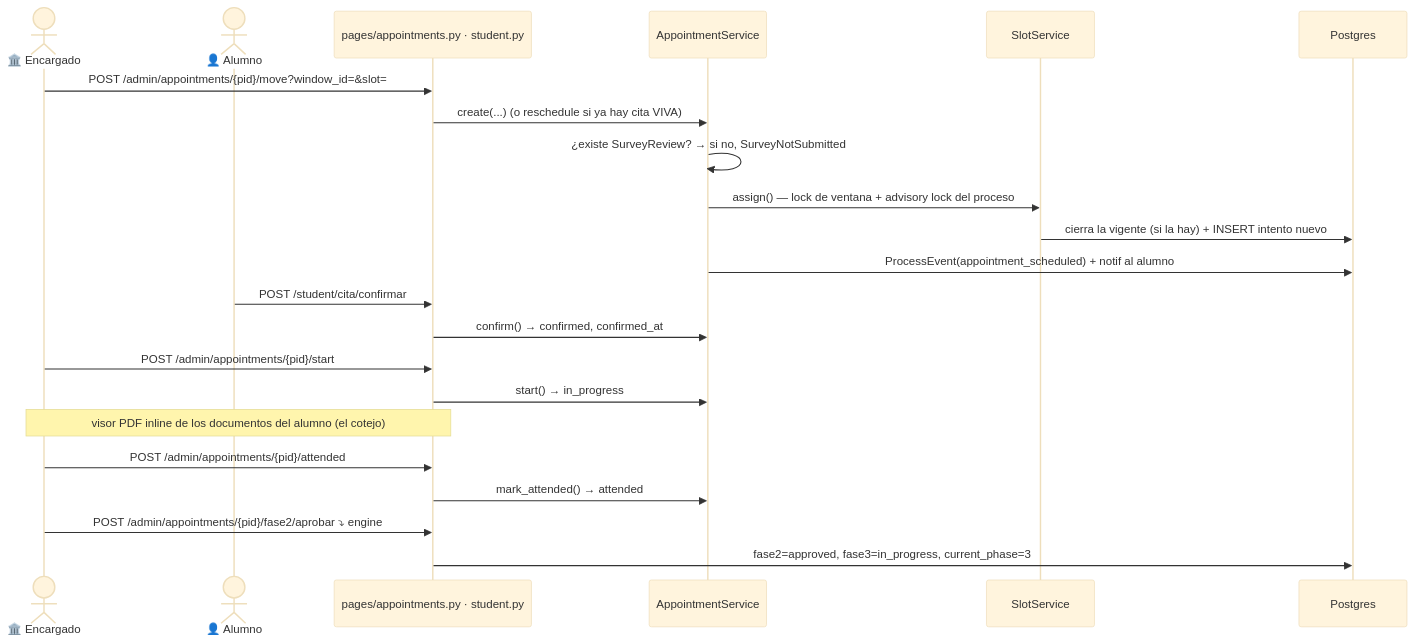
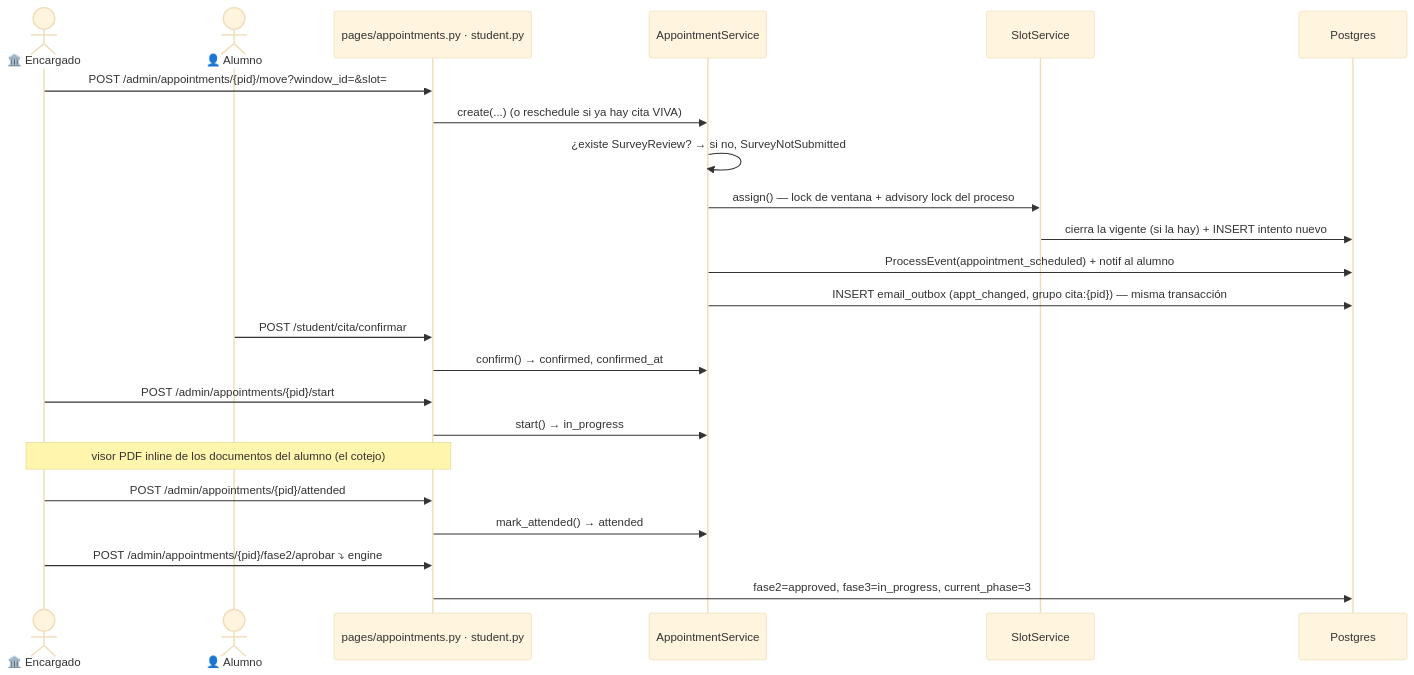
The diagram in itcj2/apps/titulatec/docs/flows/phase2_appointment_loop.md (Erne1357/itcj), drawn with Mermaid (base theme) before and after one commit. The commit also changed other lines of this file and 11 other files, not shown here.

````diff
--- a/itcj2/apps/titulatec/docs/flows/phase2_appointment_loop.md
+++ b/itcj2/apps/titulatec/docs/flows/phase2_appointment_loop.md
@@ -156,24 +156,25 @@
 ```mermaid
 sequenceDiagram
     actor S as 🏛️ Encargado
     actor U as 👤 Alumno
     participant API as pages/appointments.py · student.py
     participant SVC as AppointmentService
     participant SLOT as SlotService
     participant DB as Postgres
     S->>API: POST /admin/appointments/{pid}/move?window_id=&slot=
     API->>SVC: create(...) (o reschedule si ya hay cita VIVA)
     SVC->>SVC: ¿existe SurveyReview? → si no, SurveyNotSubmitted
     SVC->>SLOT: assign() — lock de ventana + advisory lock del proceso
     SLOT->>DB: cierra la vigente (si la hay) + INSERT intento nuevo
     SVC->>DB: ProcessEvent(appointment_scheduled) + notif al alumno
+    SVC->>DB: INSERT email_outbox (appt_changed, grupo cita:{pid}) — misma transacción
     U->>API: POST /student/cita/confirmar
     API->>SVC: confirm() → confirmed, confirmed_at
     S->>API: POST /admin/appointments/{pid}/start
     API->>SVC: start() → in_progress
     Note over S,API: visor PDF inline de los documentos del alumno (el cotejo)
     S->>API: POST /admin/appointments/{pid}/attended
     API->>SVC: mark_attended() → attended
     S->>API: POST /admin/appointments/{pid}/fase2/aprobar  ⤵ engine
     API->>DB: fase2=approved, fase3=in_progress, current_phase=3
 ```
````
